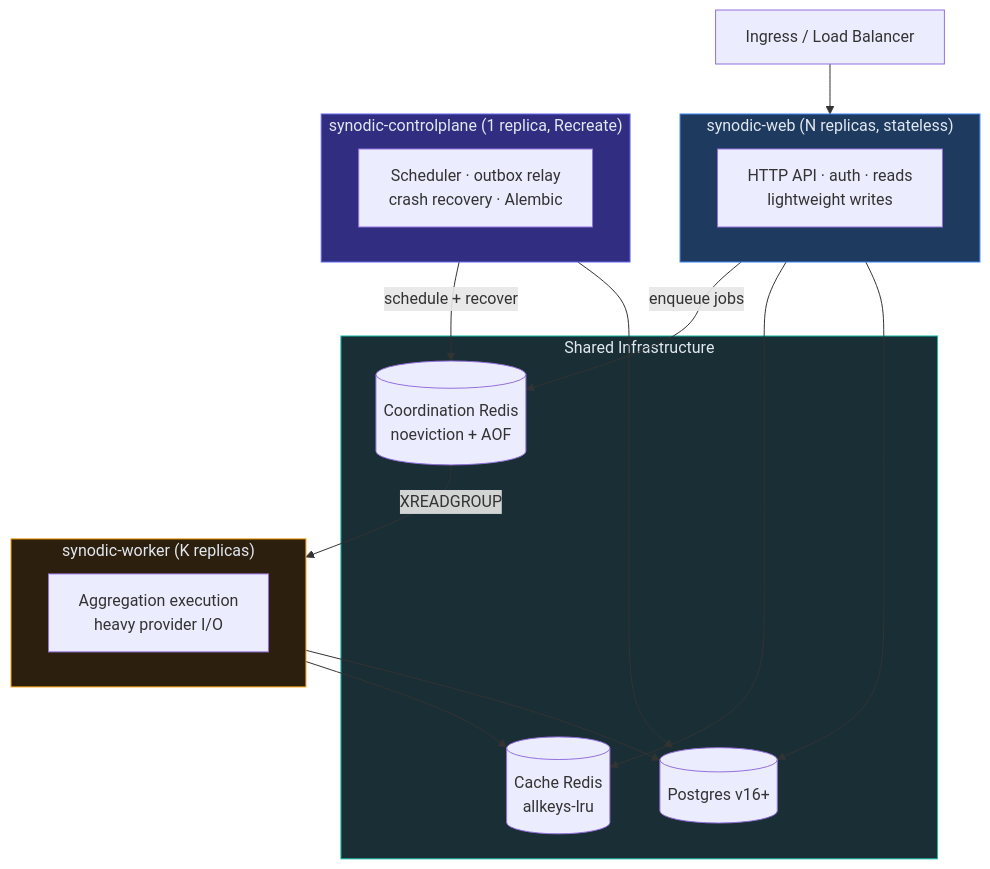
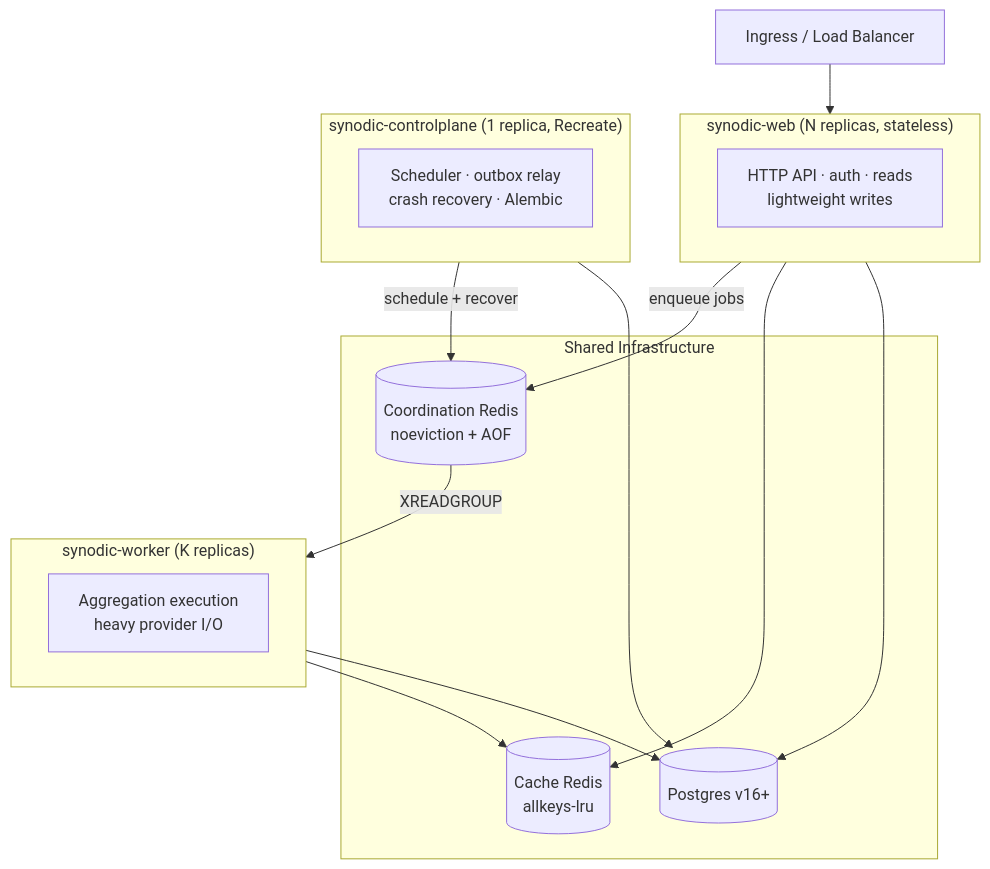
The diagram in docs/architecture-when-scaling.md (rkrumins/dataviz), drawn with Mermaid before and after one commit. The commit also changed 46 other files, not shown here.

````diff
--- a/docs/architecture-when-scaling.md
+++ b/docs/architecture-when-scaling.md
@@ -58,35 +58,31 @@
 ```mermaid
 graph TB
     LB["Ingress / Load Balancer"]
 
     subgraph Web["synodic-web (N replicas, stateless)"]
         W["HTTP API · auth · reads<br/>lightweight writes"]
     end
     subgraph Worker["synodic-worker (K replicas)"]
         WK["Aggregation execution<br/>heavy provider I/O"]
     end
     subgraph CP["synodic-controlplane (1 replica, Recreate)"]
         C["Scheduler · outbox relay<br/>crash recovery · Alembic"]
     end
 
     subgraph Infra["Shared Infrastructure"]
         PG[(Postgres v16+)]
         CacheR[(Cache Redis<br/>allkeys-lru)]
         CoordR[(Coordination Redis<br/>noeviction + AOF)]
     end
 
     LB --> Web
     Web -->|"enqueue jobs"| CoordR
     CoordR -->|"XREADGROUP"| Worker
     CP -->|"schedule + recover"| CoordR
     Web --> CacheR
     Worker --> CacheR
     Web --> PG
     Worker --> PG
     CP --> PG
 
-    style Web fill:#1e3a5f,stroke:#3b82f6,color:#e2e8f0
-    style Worker fill:#2d1f0e,stroke:#f59e0b,color:#e2e8f0
-    style CP fill:#312e81,stroke:#6366f1,color:#e2e8f0
-    style Infra fill:#1a2e35,stroke:#14b8a6,color:#e2e8f0
 ```
````
